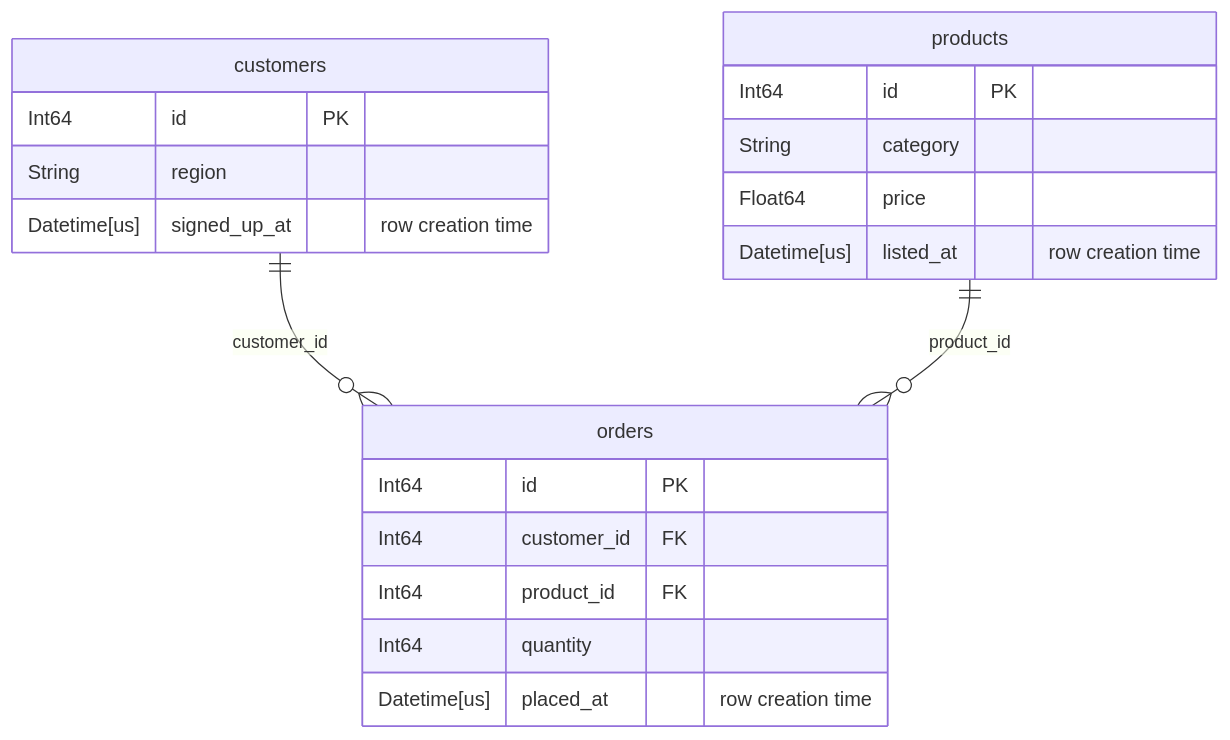
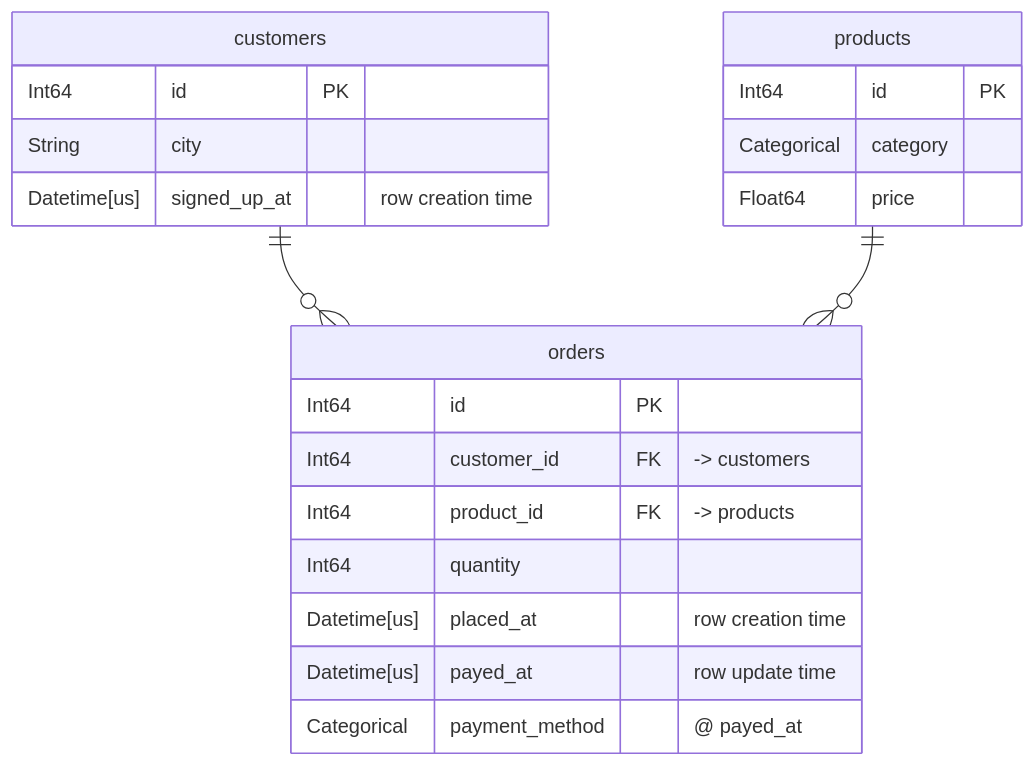
The diagram in docs/guide/databases.md (Excidion/tusk), drawn with Mermaid before and after one commit. The commit also changed other lines of this file and 6 other files, not shown here.

````diff
--- a/docs/guide/databases.md
+++ b/docs/guide/databases.md
@@ -126,23 +134,24 @@
 ```mermaid
 erDiagram
   "customers" {
     Int64 id PK
-    String region
+    String city
     Datetime[us] signed_up_at "row creation time"
   }
   "products" {
     Int64 id PK
-    String category
+    Categorical category
     Float64 price
-    Datetime[us] listed_at "row creation time"
   }
   "orders" {
     Int64 id PK
-    Int64 customer_id FK
-    Int64 product_id FK
+    Int64 customer_id FK "-> customers"
+    Int64 product_id FK "-> products"
     Int64 quantity
     Datetime[us] placed_at "row creation time"
+    Datetime[us] payed_at "row update time"
+    Categorical payment_method "@ payed_at"
   }
-  "customers" 1 to 0+ "orders" : "customer_id"
-  "products" 1 to 0+ "orders" : "product_id"
+  "customers" 1 to 0+ "orders" : ""
+  "products" 1 to 0+ "orders" : ""
 ```
````
